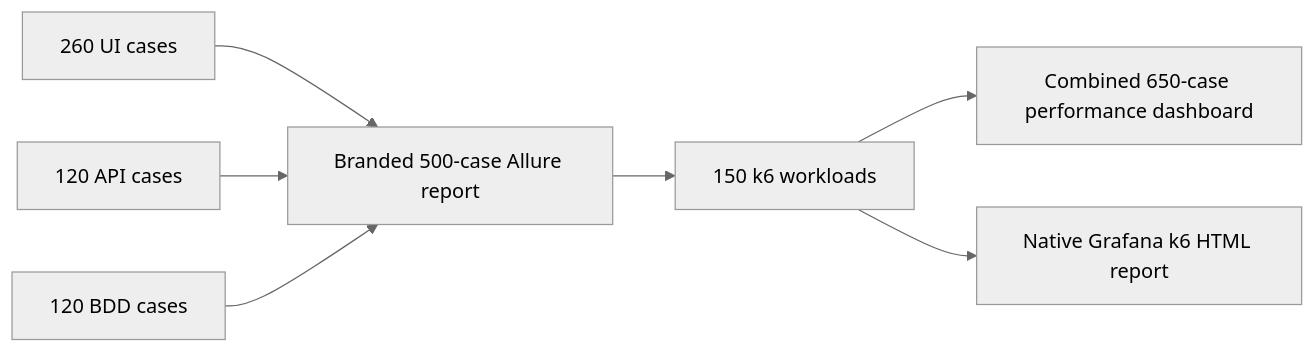
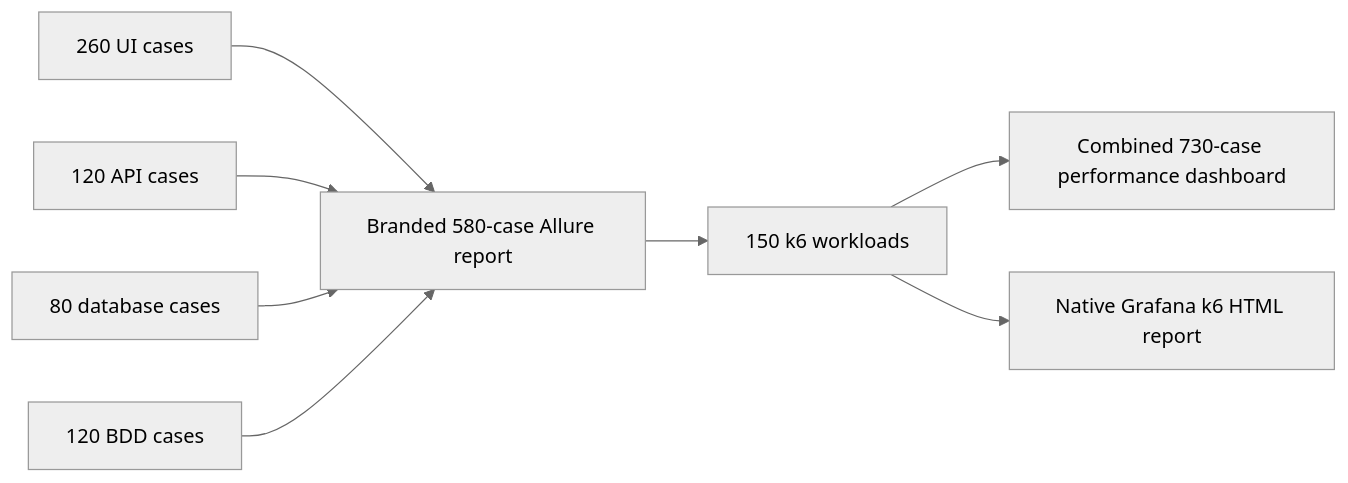
One commit to haroondhanyal/Product_Flow_360 changed the fourth of 4 diagrams in README.md. Above: the diagram before and after it, drawn with Mermaid (neutral theme). The commit also changed other lines of this file and 7 other files, not shown here.

Commit message:
Add 80 database validation cases to Allure

````diff
--- a/README.md
+++ b/README.md
@@ -157,9 +157,10 @@
 ```mermaid
 flowchart LR
-  UI[260 UI cases] --> Allure[Branded 500-case Allure report]
+  UI[260 UI cases] --> Allure[Branded 580-case Allure report]
   API[120 API cases] --> Allure
+  DB[80 database cases] --> Allure
   BDD[120 BDD cases] --> Allure
   Allure --> K6[150 k6 workloads]
-  K6 --> Combined[Combined 650-case performance dashboard]
+  K6 --> Combined[Combined 730-case performance dashboard]
   K6 --> Native[Native Grafana k6 HTML report]
 ```
````
